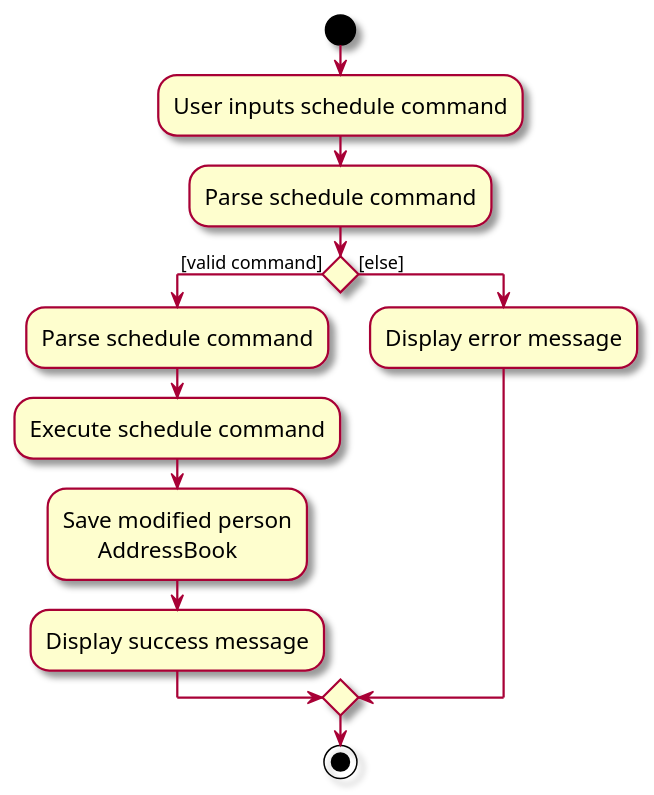
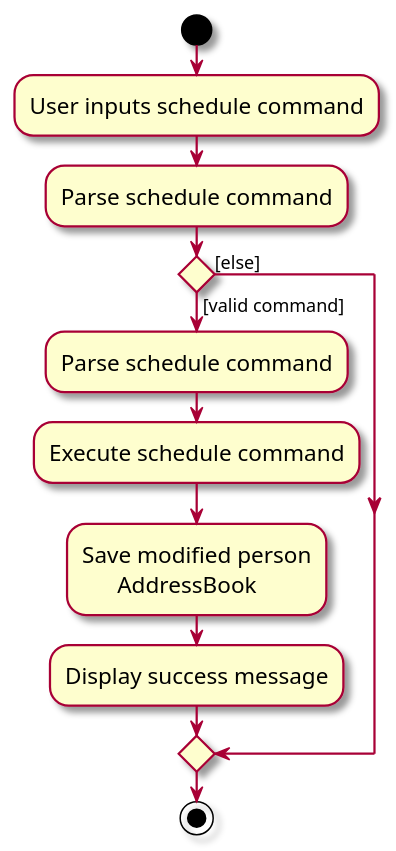
One commit to hjuntan/tp changed the diagram in diagrams/ScheduleDiagram.puml. Above: the diagram before and after it, drawn with PlantUML. The commit also changed 46 other files, not shown here.

```diff
--- a/diagrams/ScheduleDiagram.puml
+++ b/diagrams/ScheduleDiagram.puml
@@ -1,24 +1,23 @@
 @startuml
 skin rose
 skinparam ActivityFontSize 15
 skinparam ArrowFontSize 12
 start
 
+
 :User inputs schedule command;
 :Parse schedule command;
 
 'Since the beta syntax does not support placing the condition outside the
 'diamond we place it as the true branch instead.
-
 
 if () then ([valid command])
     :Parse schedule command;
     :Execute schedule command;
     :Save modified person
           AddressBook;
     :Display success message;
 else ([else])
-    :Display error message;
 endif
 stop
 @enduml
```
